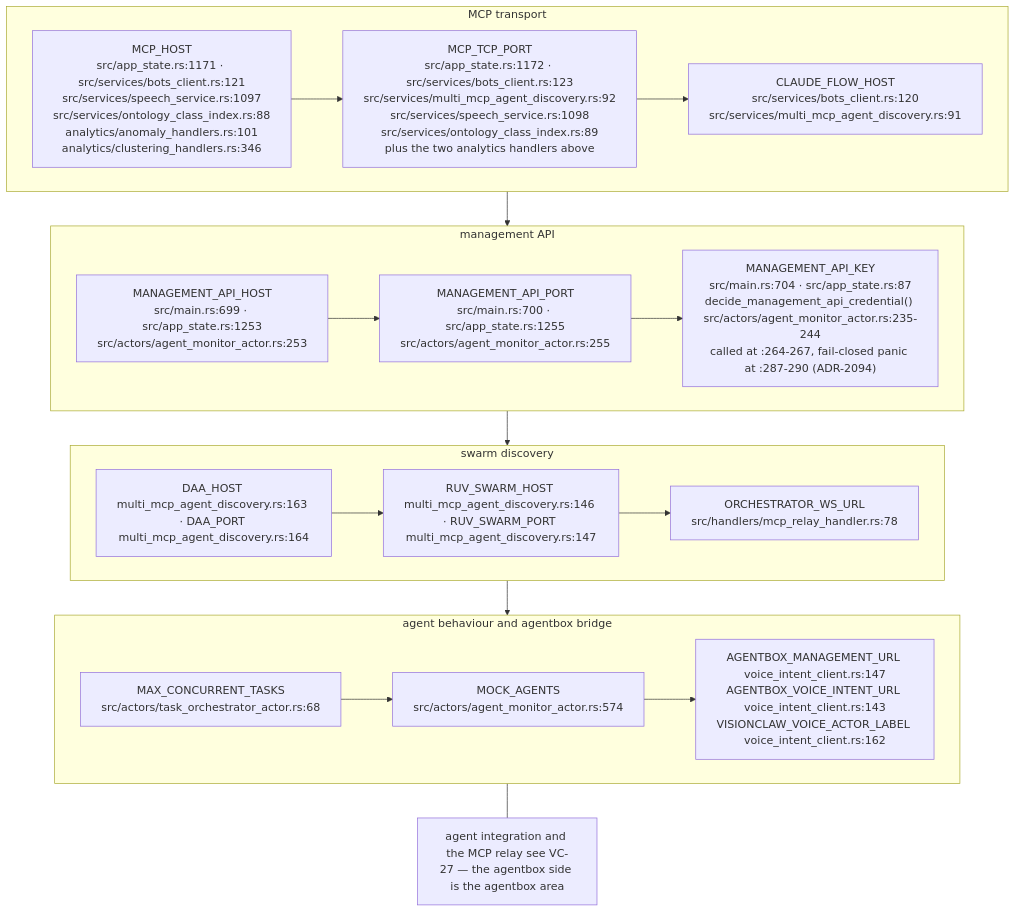
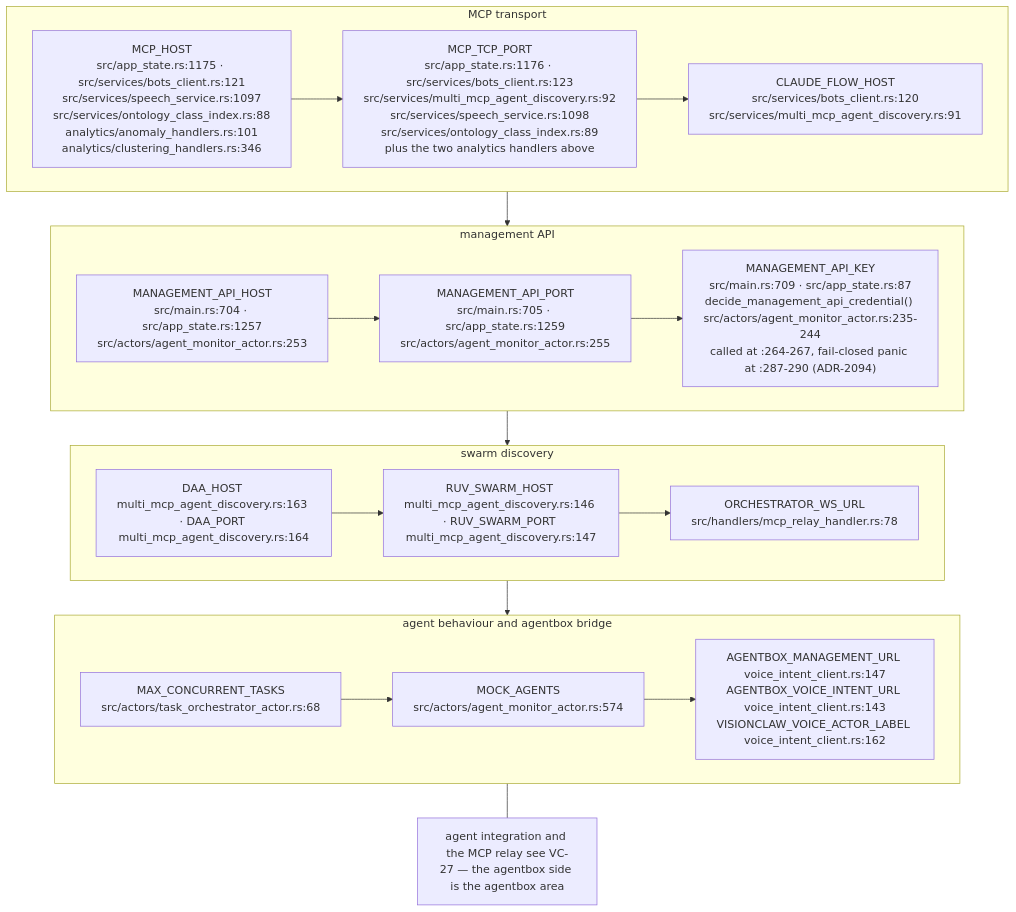
Before and after one commit to DreamLab-AI/VisionFlow: diagram 12 of 15 in docs/diagrams/visionclaw/09-config-and-env-flags.md, drawn with Mermaid. The commit also changed other lines of this file and 136 other files, not shown here.

First line of the commit message:
docs(diagrams): refresh the whole corpus to code HEAD and prune low-value diagrams

````diff
--- a/docs/diagrams/visionclaw/09-config-and-env-flags.md
+++ b/docs/diagrams/visionclaw/09-config-and-env-flags.md
@@ -466,18 +470,18 @@
 ```mermaid
 flowchart TB
     subgraph MCP["MCP transport"]
-        M1["MCP_HOST<br/>src/app_state.rs:1171 · src/services/bots_client.rs:121<br/>src/services/speech_service.rs:1097<br/>src/services/ontology_class_index.rs:88<br/>analytics/anomaly_handlers.rs:101<br/>analytics/clustering_handlers.rs:346"] --> M2["MCP_TCP_PORT<br/>src/app_state.rs:1172 · src/services/bots_client.rs:123<br/>src/services/multi_mcp_agent_discovery.rs:92<br/>src/services/speech_service.rs:1098<br/>src/services/ontology_class_index.rs:89<br/>plus the two analytics handlers above"] --> M3["CLAUDE_FLOW_HOST<br/>src/services/bots_client.rs:120<br/>src/services/multi_mcp_agent_discovery.rs:91"]
+        M1["MCP_HOST<br/>src/app_state.rs:1175 · src/services/bots_client.rs:121<br/>src/services/speech_service.rs:1097<br/>src/services/ontology_class_index.rs:88<br/>analytics/anomaly_handlers.rs:101<br/>analytics/clustering_handlers.rs:346"] --> M2["MCP_TCP_PORT<br/>src/app_state.rs:1176 · src/services/bots_client.rs:123<br/>src/services/multi_mcp_agent_discovery.rs:92<br/>src/services/speech_service.rs:1098<br/>src/services/ontology_class_index.rs:89<br/>plus the two analytics handlers above"] --> M3["CLAUDE_FLOW_HOST<br/>src/services/bots_client.rs:120<br/>src/services/multi_mcp_agent_discovery.rs:91"]
     end
     subgraph MGMT["management API"]
-        G1["MANAGEMENT_API_HOST<br/>src/main.rs:699 · src/app_state.rs:1253<br/>src/actors/agent_monitor_actor.rs:253"] --> G2["MANAGEMENT_API_PORT<br/>src/main.rs:700 · src/app_state.rs:1255<br/>src/actors/agent_monitor_actor.rs:255"] --> G3["MANAGEMENT_API_KEY<br/>src/main.rs:704 · src/app_state.rs:87<br/>decide_management_api_credential() src/actors/agent_monitor_actor.rs:235-244<br/>called at :264-267, fail-closed panic at :287-290 (ADR-2094)"]
+        G1["MANAGEMENT_API_HOST<br/>src/main.rs:704 · src/app_state.rs:1257<br/>src/actors/agent_monitor_actor.rs:253"] --> G2["MANAGEMENT_API_PORT<br/>src/main.rs:705 · src/app_state.rs:1259<br/>src/actors/agent_monitor_actor.rs:255"] --> G3["MANAGEMENT_API_KEY<br/>src/main.rs:709 · src/app_state.rs:87<br/>decide_management_api_credential() src/actors/agent_monitor_actor.rs:235-244<br/>called at :264-267, fail-closed panic at :287-290 (ADR-2094)"]
     end
     subgraph DISC["swarm discovery"]
         D1["DAA_HOST multi_mcp_agent_discovery.rs:163 · DAA_PORT multi_mcp_agent_discovery.rs:164"] --> D2["RUV_SWARM_HOST multi_mcp_agent_discovery.rs:146 · RUV_SWARM_PORT multi_mcp_agent_discovery.rs:147"] --> D3["ORCHESTRATOR_WS_URL<br/>src/handlers/mcp_relay_handler.rs:78"]
     end
     subgraph AGENTS["agent behaviour and agentbox bridge"]
         A1["MAX_CONCURRENT_TASKS<br/>src/actors/task_orchestrator_actor.rs:68"] --> A2["MOCK_AGENTS<br/>src/actors/agent_monitor_actor.rs:574"] --> A3["AGENTBOX_MANAGEMENT_URL voice_intent_client.rs:147<br/>AGENTBOX_VOICE_INTENT_URL voice_intent_client.rs:143<br/>VISIONCLAW_VOICE_ACTOR_LABEL voice_intent_client.rs:162"]
     end
     MCP --> MGMT --> DISC --> AGENTS
     N["agent integration and the MCP relay see VC-27 — the agentbox side is the agentbox area"]
     AGENTS --- N
 ```
````
